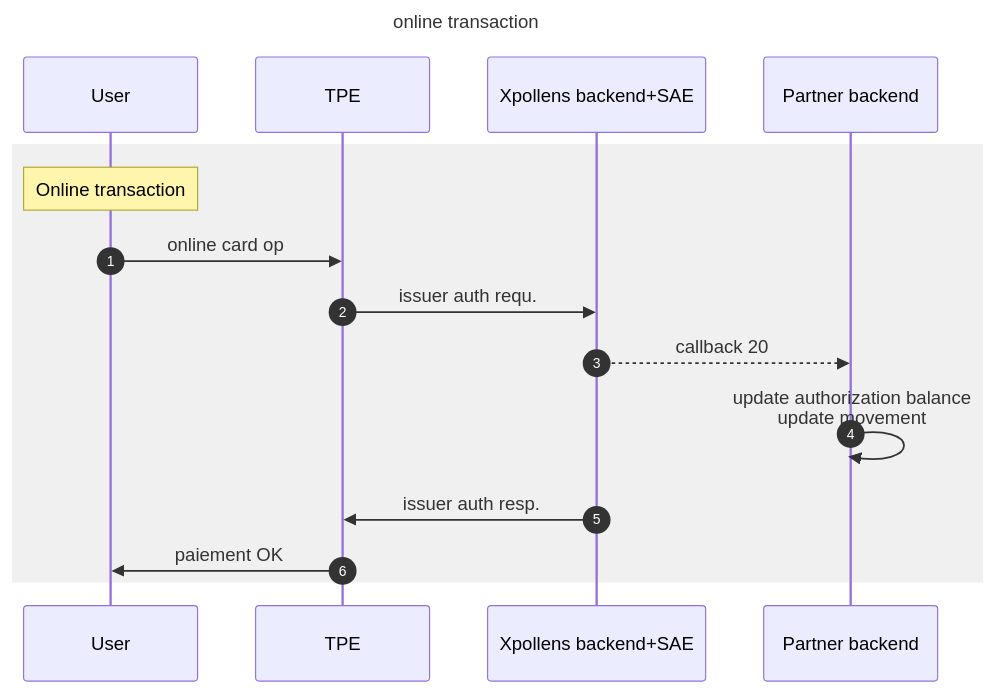
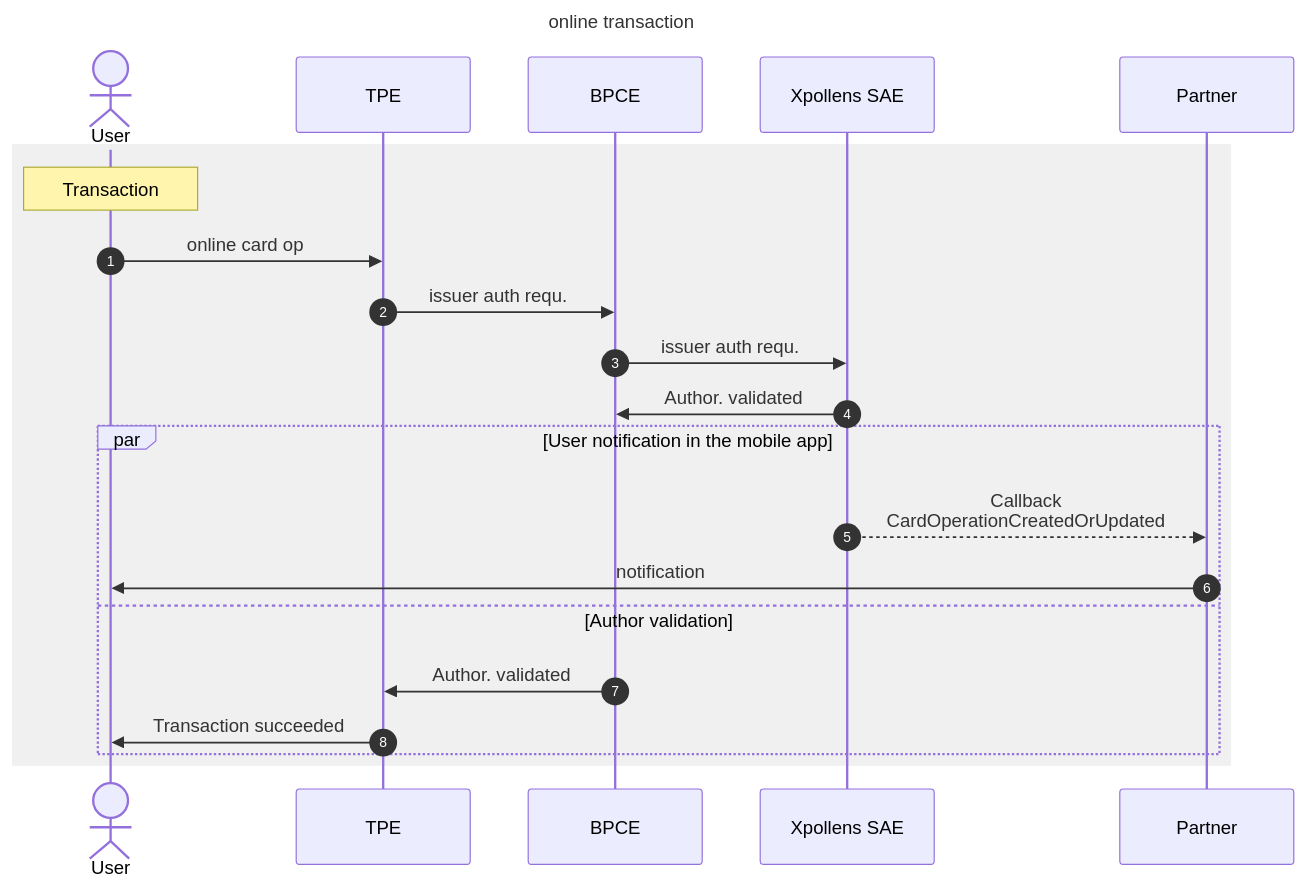
Before and after one commit to pomme-clic/s-money-documentation: the first of 6 diagrams in docs/usecases/cards/operations/OnlineCardOperations.md, drawn with Mermaid. The commit also changed other lines of this file, not shown here.

````diff
--- a/docs/usecases/cards/operations/OnlineCardOperations.md
+++ b/docs/usecases/cards/operations/OnlineCardOperations.md
@@ -11,19 +19,25 @@
 ```mermaid
 sequenceDiagram
 title: online transaction
 autonumber
-participant u as User
-participant t as TPE
-participant xb as Xpollens backend+SAE
-participant pb as Partner backend
+Actor User
+participant TPE
+participant BPCE
+participant Xpollens SAE
+participant Partner
 #participant ua as Partner application
 rect rgb(240,240, 240)
-		Note over u: Online transaction
-		u ->> t: online card op
-		t ->> xb: issuer auth requ.
-		xb -->> pb: callback 20
-		pb ->> pb: update authorization balance<br/>update movement
-		xb ->> t: issuer auth resp.
-		t ->> u: paiement OK
+        Note over User: Transaction
+        User ->> TPE: online card op
+        TPE ->> BPCE: issuer auth requ.
+                BPCE ->> Xpollens SAE: issuer auth requ.
+                Xpollens SAE ->> BPCE: Author. validated
+                Par User notification in the mobile app
+                    Xpollens SAE -->> Partner:  Callback <br/>  CardOperationCreatedOrUpdated
+                    Partner ->> User: notification
+                and Author validation
+                    BPCE ->> TPE: Author. validated
+                    TPE ->> User: Transaction succeeded
+                end
 end
 ```
````
